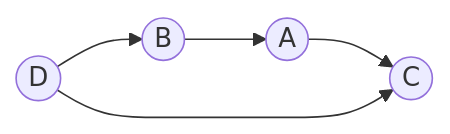
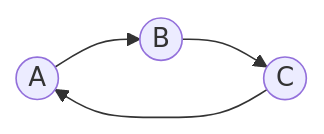
The second of 7 diagrams in README.md (yoshibeside/Tarjans_Algorithm), drawn with Mermaid before and after one commit. The commit also changed other lines of this file, not shown here.

````diff
--- a/README.md
+++ b/README.md
@@ -26,7 +44,6 @@
 ```mermaid
 graph LR
-A((A)) --> C((C))
-B((B)) --> A
-D((D)) --> B
-D --> C
+A((A)) --> B((B))
+B --> C((C))
+C --> A
 ```
````
